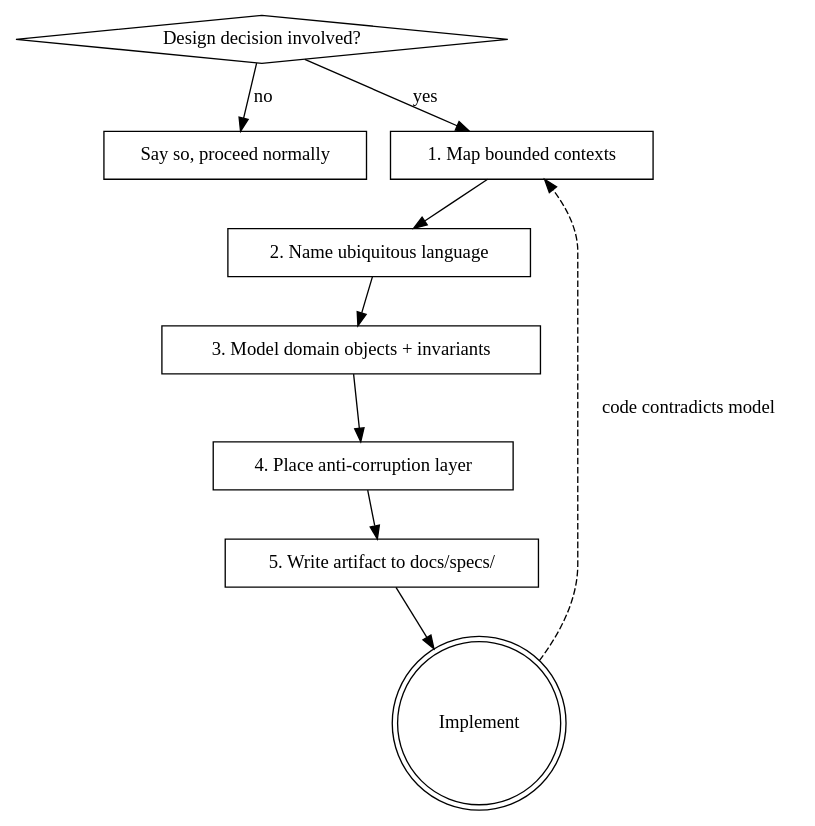
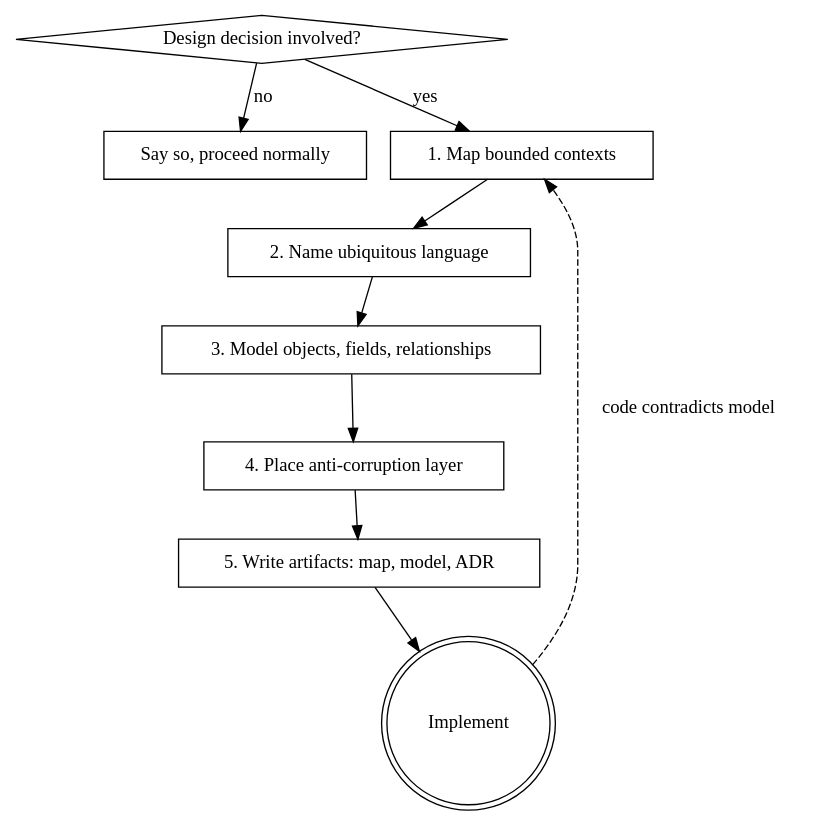
The diagram in plugins/ddd/skills/domain-driven-design/SKILL.md (guygrigsby/claude-plugins), drawn with Graphviz before and after one commit. The commit also changed other lines of this file and 4 other files, not shown here.

````diff
--- a/plugins/ddd/skills/domain-driven-design/SKILL.md
+++ b/plugins/ddd/skills/domain-driven-design/SKILL.md
@@ -41,21 +41,21 @@
 ```dot
 digraph ddd {
     "Design decision involved?" [shape=diamond];
     "Say so, proceed normally" [shape=box];
     "1. Map bounded contexts" [shape=box];
     "2. Name ubiquitous language" [shape=box];
-    "3. Model domain objects + invariants" [shape=box];
+    "3. Model objects, fields, relationships" [shape=box];
     "4. Place anti-corruption layer" [shape=box];
-    "5. Write artifact to docs/specs/" [shape=box];
+    "5. Write artifacts: map, model, ADR" [shape=box];
     "Implement" [shape=doublecircle];
 
     "Design decision involved?" -> "Say so, proceed normally" [label="no"];
     "Design decision involved?" -> "1. Map bounded contexts" [label="yes"];
     "1. Map bounded contexts" -> "2. Name ubiquitous language";
-    "2. Name ubiquitous language" -> "3. Model domain objects + invariants";
-    "3. Model domain objects + invariants" -> "4. Place anti-corruption layer";
-    "4. Place anti-corruption layer" -> "5. Write artifact to docs/specs/";
-    "5. Write artifact to docs/specs/" -> "Implement";
+    "2. Name ubiquitous language" -> "3. Model objects, fields, relationships";
+    "3. Model objects, fields, relationships" -> "4. Place anti-corruption layer";
+    "4. Place anti-corruption layer" -> "5. Write artifacts: map, model, ADR";
+    "5. Write artifacts: map, model, ADR" -> "Implement";
     "Implement" -> "1. Map bounded contexts" [label="code contradicts model", style=dashed];
 }
 ```
````
